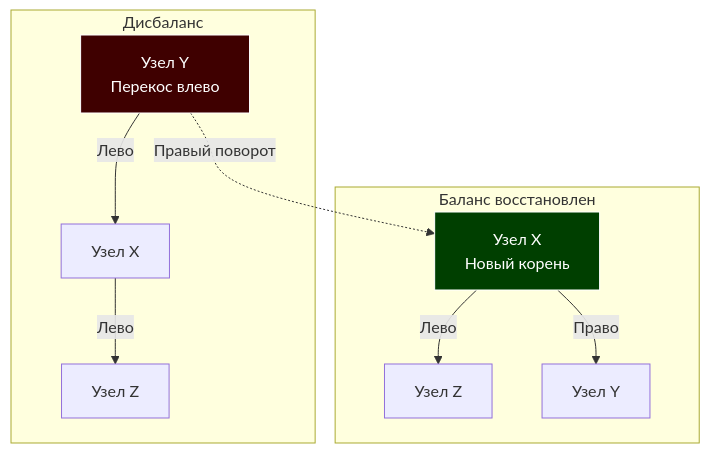
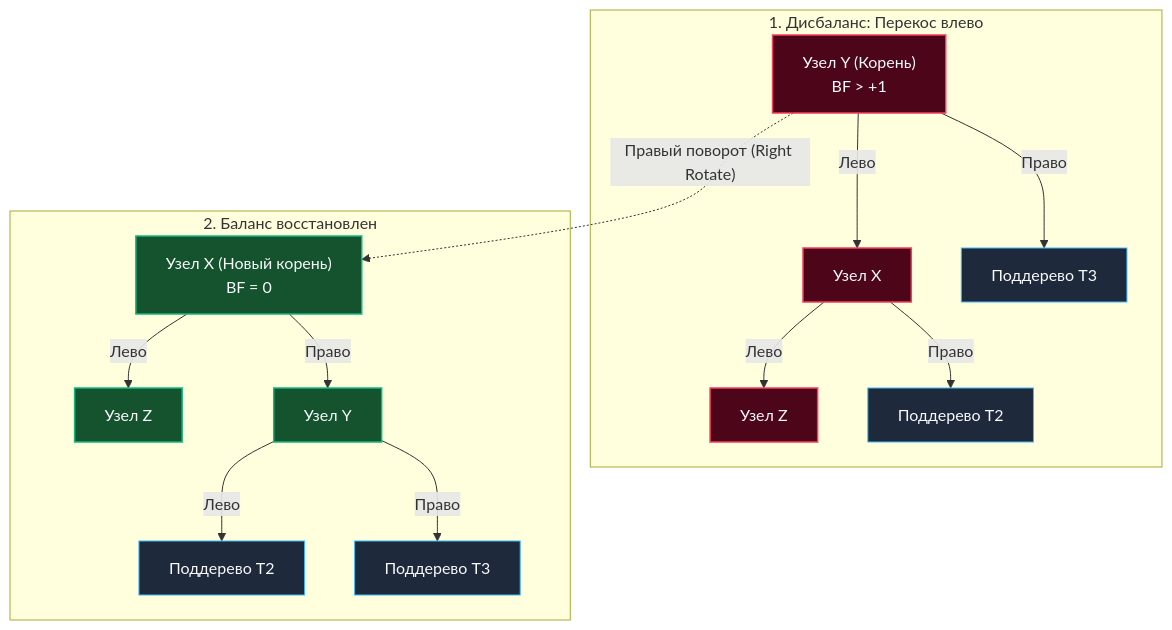
The diagram in sources/20. Алгоритмы и структуры данных (DSA) на Go/04. Деревья. Основы/5. Обзор сбалансированных деревьев.md (UnrealTemplier/go-textbook), drawn with Mermaid before and after one commit. The commit also changed other lines of this file, not shown here.

````diff
--- a/sources/20. Алгоритмы и структуры данных (DSA) на Go/04. Деревья. Основы/5. Обзор сбалансированных деревьев.md
+++ b/sources/20. Алгоритмы и структуры данных (DSA) на Go/04. Деревья. Основы/5. Обзор сбалансированных деревьев.md
@@ -14,17 +15,26 @@
 ```mermaid
 flowchart TD
-    subgraph Дисбаланс
-        Y["Узел Y<br>Перекос влево"] -->|"Лево"| X["Узел X"]
+    subgraph Disbal["1. Дисбаланс: Перекос влево"]
+        Y["Узел Y (Корень)<br/>BF > +1"] -->|"Лево"| X["Узел X"]
+        Y -->|"Право"| T3["Поддерево T3"]
         X -->|"Лево"| Z["Узел Z"]
+        X -->|"Право"| T2["Поддерево T2"]
     end
 
-    Y -.->|"Правый поворот"| X_bal
+    Y -.->|"Правый поворот (Right Rotate)"| X_bal
 
-    subgraph Баланс восстановлен
-        X_bal["Узел X<br>Новый корень"] -->|"Лево"| Z_bal["Узел Z"]
+    subgraph Restored["2. Баланс восстановлен"]
+        X_bal["Узел X (Новый корень)<br/>BF = 0"] -->|"Лево"| Z_bal["Узел Z"]
         X_bal -->|"Право"| Y_bal["Узел Y"]
+        Y_bal -->|"Лево"| T2_bal["Поддерево T2"]
+        Y_bal -->|"Право"| T3_bal["Поддерево T3"]
     end
-    
-    style Y fill:#3f0000,stroke:#fff,color:#fff
-    style X_bal fill:#003f00,stroke:#fff,color:#fff
+
+    classDef disNode fill:#4c0519,stroke:#f43f5e,stroke-width:1.5px,color:#f8fafc;
+    classDef balNode fill:#14532d,stroke:#10b981,stroke-width:1.5px,color:#f8fafc;
+    classDef subNode fill:#1e293b,stroke:#38bdf8,stroke-width:1px,color:#f8fafc;
+
+    class Y,X,Z disNode;
+    class X_bal,Z_bal,Y_bal balNode;
+    class T3,T2,T2_bal,T3_bal subNode;
 ```
````
